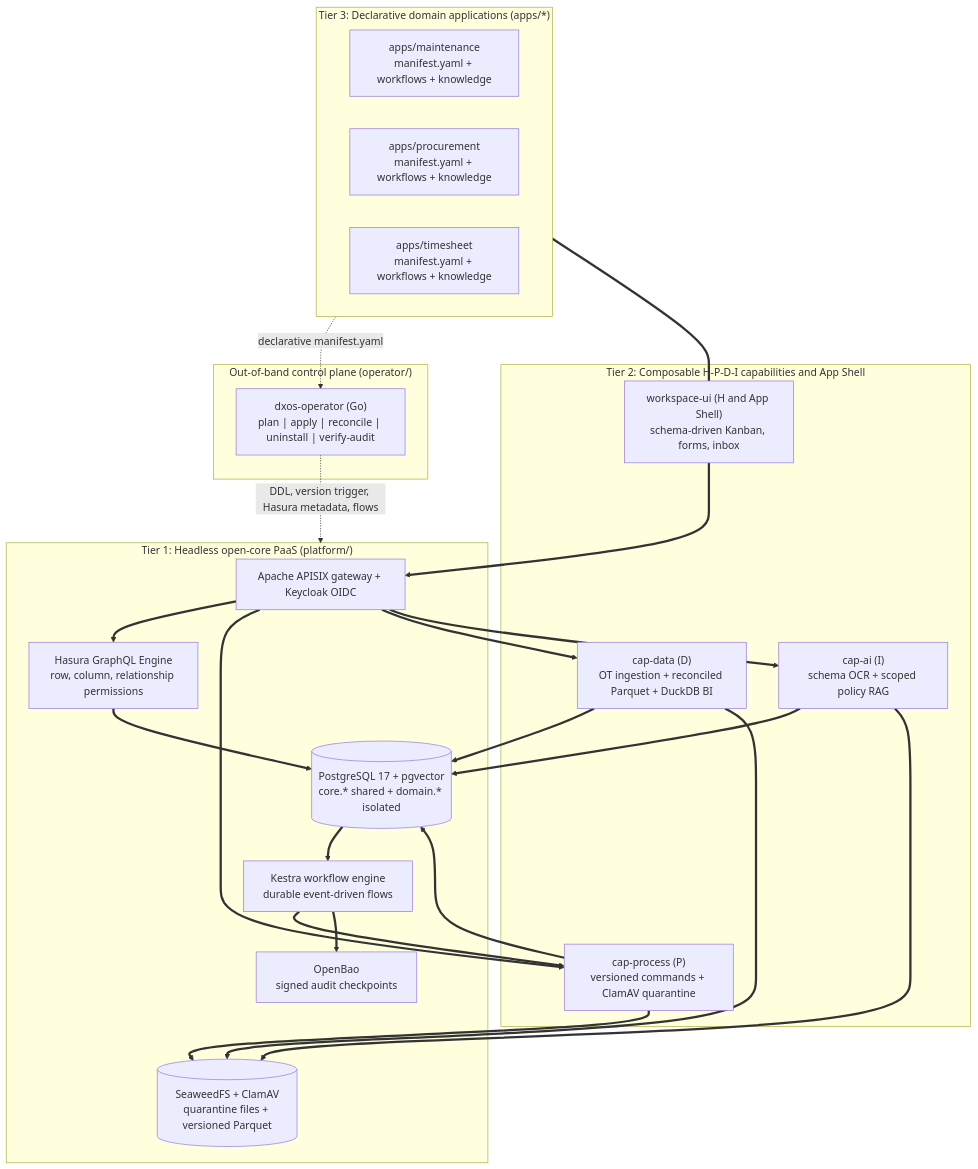
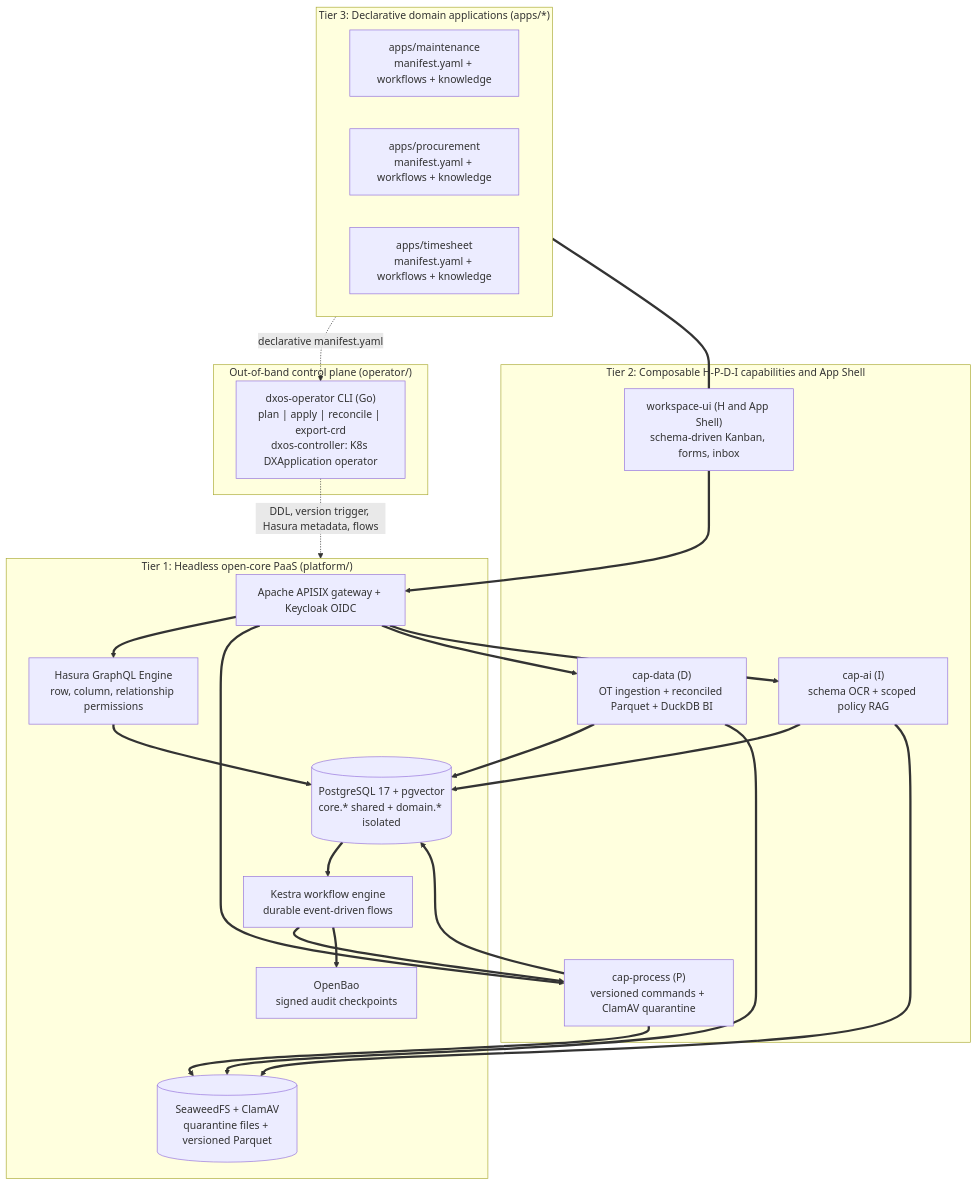
One commit to nguyentin05/opendx-os changed the diagram in docs/architecture/tiers.md. Above: the diagram before and after it, drawn with Mermaid. The commit also changed 21 other files, not shown here.

Commit message:
feat(operator): split the Kubernetes controller into dxos-controller

````diff
--- a/docs/architecture/tiers.md
+++ b/docs/architecture/tiers.md
@@ -16,41 +16,41 @@
 ```mermaid
 flowchart TB
     subgraph T3["Tier 3: Declarative domain applications (apps/*)"]
         direction LR
         MAINT["apps/maintenance<br/>manifest.yaml + workflows + knowledge"]
         PROC["apps/procurement<br/>manifest.yaml + workflows + knowledge"]
         TIME["apps/timesheet<br/>manifest.yaml + workflows + knowledge"]
     end
 
     subgraph T2["Tier 2: Composable H-P-D-I capabilities and App Shell"]
         UI["workspace-ui (H and App Shell)<br/>schema-driven Kanban, forms, inbox"]
         CPROC["cap-process (P)<br/>versioned commands + ClamAV quarantine"]
         CDATA["cap-data (D)<br/>OT ingestion + reconciled Parquet + DuckDB BI"]
         CAI["cap-ai (I)<br/>schema OCR + scoped policy RAG"]
     end
 
     subgraph T1["Tier 1: Headless open-core PaaS (platform/)"]
         GW["Apache APISIX gateway + Keycloak OIDC"]
         HASURA["Hasura GraphQL Engine<br/>row, column, relationship permissions"]
         KESTRA["Kestra workflow engine<br/>durable event-driven flows"]
         PG[("PostgreSQL 17 + pgvector<br/>core.* shared + domain.* isolated")]
         S3[("SeaweedFS + ClamAV<br/>quarantine files + versioned Parquet")]
         BAO["OpenBao<br/>signed audit checkpoints"]
     end
 
     subgraph CP["Out-of-band control plane (operator/)"]
-        OP["dxos-operator (Go)<br/>plan | apply | reconcile | uninstall | verify-audit"]
+        OP["dxos-operator CLI (Go)<br/>plan | apply | reconcile | export-crd<br/>dxos-controller: K8s DXApplication operator"]
     end
 
     T3 -. "declarative manifest.yaml" .-> OP
     OP -. "DDL, version trigger, Hasura metadata, flows" .-> T1
     T3 === UI
     UI ==> GW
     GW ==> HASURA & CPROC & CDATA & CAI
     HASURA ==> PG
     CPROC ==> PG & S3
     CDATA ==> PG & S3
     CAI ==> PG & S3
     PG ==> KESTRA
     KESTRA ==> CPROC & BAO
 ```
````
